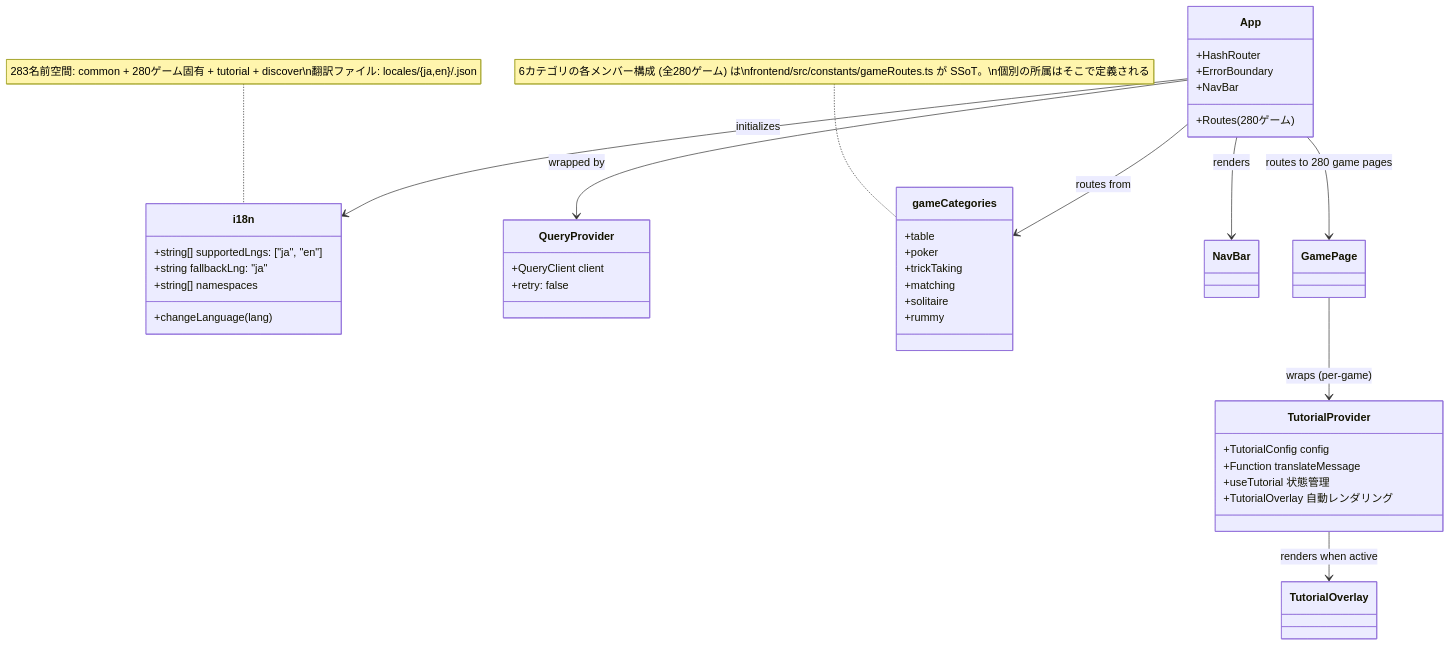
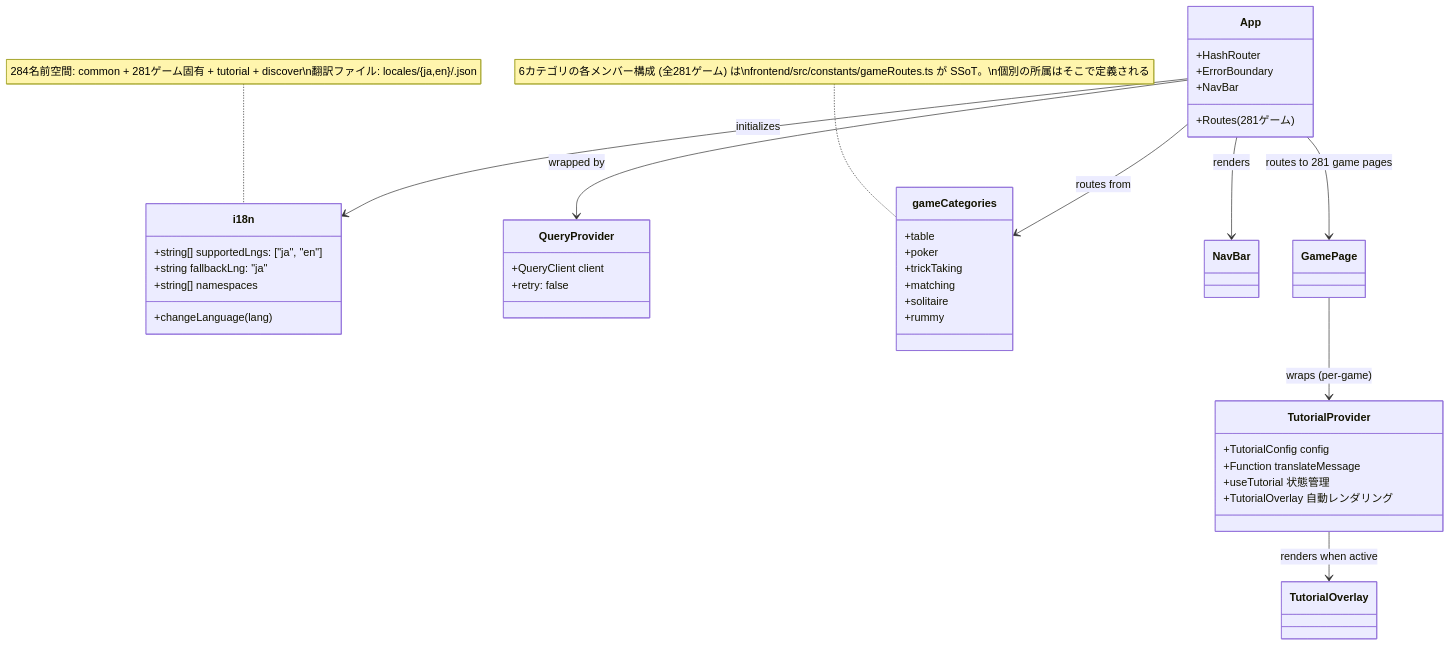
The ninth of 49 diagrams in docs/design/frontend.md (yuta-yoshinaga/go_trumpcards), drawn with Mermaid before and after one commit. The commit also changed other lines of this file and 61 other files, not shown here.

````diff
--- a/docs/design/frontend.md
+++ b/docs/design/frontend.md
@@ -1869,48 +1869,48 @@
 ```mermaid
 classDiagram
     class i18n {
         +string[] supportedLngs: ["ja", "en"]
         +string fallbackLng: "ja"
         +string[] namespaces
         +changeLanguage(lang)
     }
 
     class QueryProvider {
         +QueryClient client
         +retry: false
     }
 
     class App {
         +HashRouter
         +ErrorBoundary
         +NavBar
-        +Routes (280ゲーム)
+        +Routes (281ゲーム)
     }
 
     class gameCategories {
         +table
         +poker
         +trickTaking
         +matching
         +solitaire
         +rummy
     }
-    note for gameCategories "6カテゴリの各メンバー構成 (全280ゲーム) は\nfrontend/src/constants/gameRoutes.ts が SSoT。\n個別の所属はそこで定義される"
+    note for gameCategories "6カテゴリの各メンバー構成 (全281ゲーム) は\nfrontend/src/constants/gameRoutes.ts が SSoT。\n個別の所属はそこで定義される"
 
     class TutorialProvider {
         +TutorialConfig config
         +Function translateMessage
         +useTutorial 状態管理
         +TutorialOverlay 自動レンダリング
     }
 
     App --> QueryProvider : wrapped by
     App --> i18n : initializes
     App --> gameCategories : routes from
     App --> NavBar : renders
-    App --> GamePage : routes to 280 game pages
+    App --> GamePage : routes to 281 game pages
     GamePage --> TutorialProvider : wraps (per-game)
     TutorialProvider --> TutorialOverlay : renders when active
 
-    note for i18n "283名前空間: common + 280ゲーム固有 + tutorial + discover\n翻訳ファイル: locales/{ja,en}/<game>.json"
+    note for i18n "284名前空間: common + 281ゲーム固有 + tutorial + discover\n翻訳ファイル: locales/{ja,en}/<game>.json"
 ```
````
